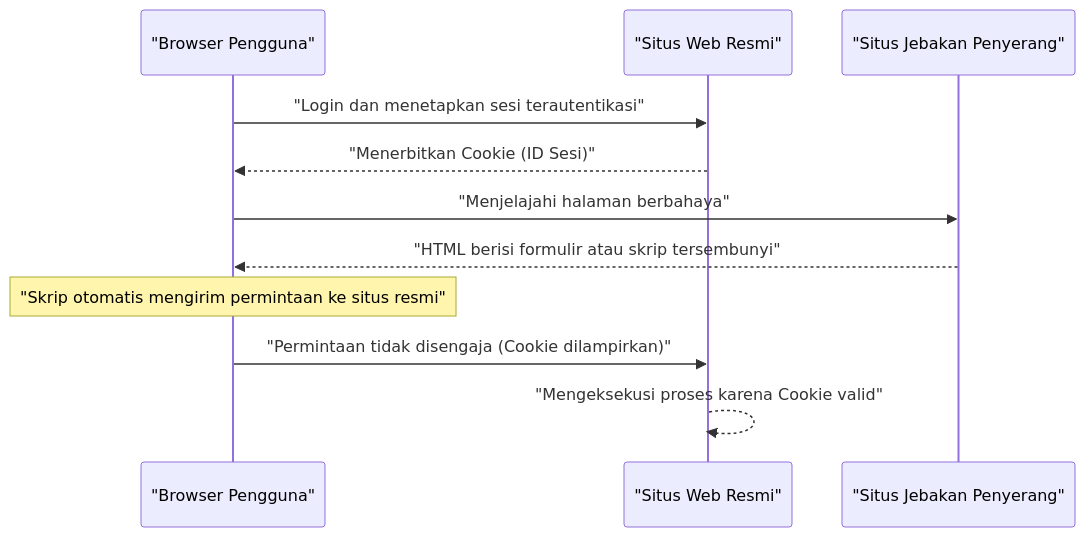
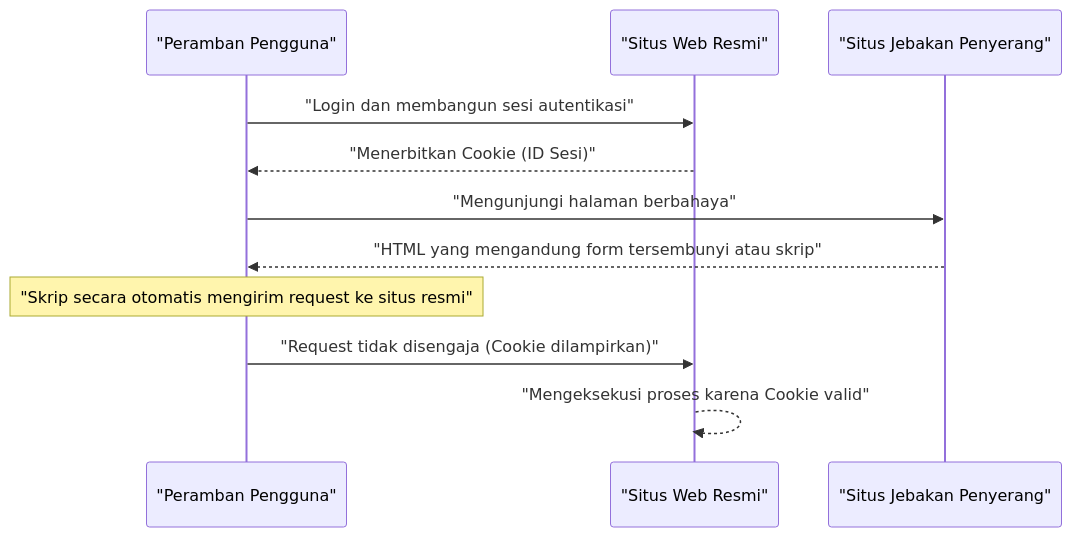
One commit to kenjinote/blog changed the second of 2 diagrams in content/post/web-application-vulnerability-owasp-top-10/index.id.md. Above: the diagram before and after it, drawn with Mermaid. The commit also changed other lines of this file and 12 other files, not shown here.

````diff
--- a/content/post/web-application-vulnerability-owasp-top-10/index.id.md
+++ b/content/post/web-application-vulnerability-owasp-top-10/index.id.md
@@ -232,16 +232,16 @@
 ```mermaid
 sequenceDiagram
-    participant "Browser Pengguna"
+    participant "Peramban Pengguna"
     participant "Situs Web Resmi"
     participant "Situs Jebakan Penyerang"
 
-    "Browser Pengguna"->>"Situs Web Resmi": "Login dan menetapkan sesi terautentikasi"
-    "Situs Web Resmi"-->>"Browser Pengguna": "Menerbitkan Cookie (ID Sesi)"
+    "Peramban Pengguna"->>"Situs Web Resmi": "Login dan membangun sesi autentikasi"
+    "Situs Web Resmi"-->>"Peramban Pengguna": "Menerbitkan Cookie (ID Sesi)"
     
-    "Browser Pengguna"->>"Situs Jebakan Penyerang": "Menjelajahi halaman berbahaya"
-    "Situs Jebakan Penyerang"-->>"Browser Pengguna": "HTML berisi formulir atau skrip tersembunyi"
+    "Peramban Pengguna"->>"Situs Jebakan Penyerang": "Mengunjungi halaman berbahaya"
+    "Situs Jebakan Penyerang"-->>"Peramban Pengguna": "HTML yang mengandung form tersembunyi atau skrip"
     
-    Note over "Browser Pengguna": "Skrip otomatis mengirim permintaan ke situs resmi"
-    "Browser Pengguna"->>"Situs Web Resmi": "Permintaan tidak disengaja (Cookie dilampirkan)"
+    Note over "Peramban Pengguna": "Skrip secara otomatis mengirim request ke situs resmi"
+    "Peramban Pengguna"->>"Situs Web Resmi": "Request tidak disengaja (Cookie dilampirkan)"
     "Situs Web Resmi"-->>"Situs Web Resmi": "Mengeksekusi proses karena Cookie valid"
 ```
````
